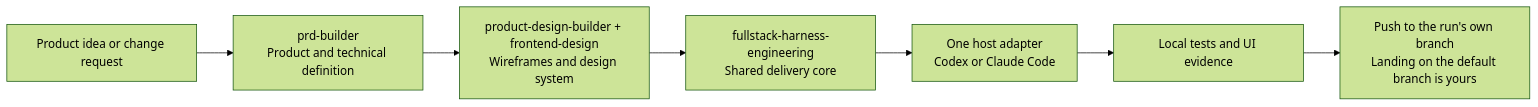
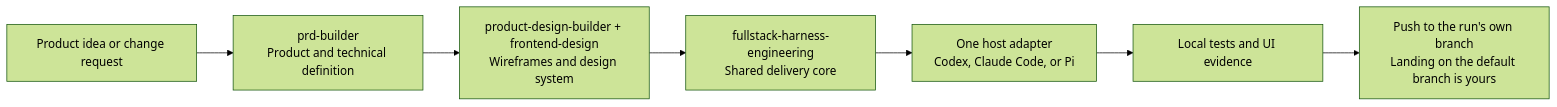
Before and after one commit to Phlegonlabs/product-delivery-harness: the first of 2 diagrams in README.md, drawn with Mermaid (forest theme). The commit also changed other lines of this file and 66 other files, not shown here.

````diff
--- a/README.md
+++ b/README.md
@@ -67,9 +68,9 @@
 ```mermaid
 flowchart LR
   Idea["Product idea or change request"] --> PRD["prd-builder\nProduct and technical definition"]
   PRD --> Design["product-design-builder + frontend-design\nWireframes and design system"]
   Design --> Harness["fullstack-harness-engineering\nShared delivery core"]
-  Harness --> Runtime["One host adapter\nCodex or Claude Code"]
+  Harness --> Runtime["One host adapter\nCodex, Claude Code, or Pi"]
   Runtime --> Evidence["Local tests and UI evidence"]
   Evidence --> Push["Push to the run's own branch\nLanding on the default branch is yours"]
 ```
````
